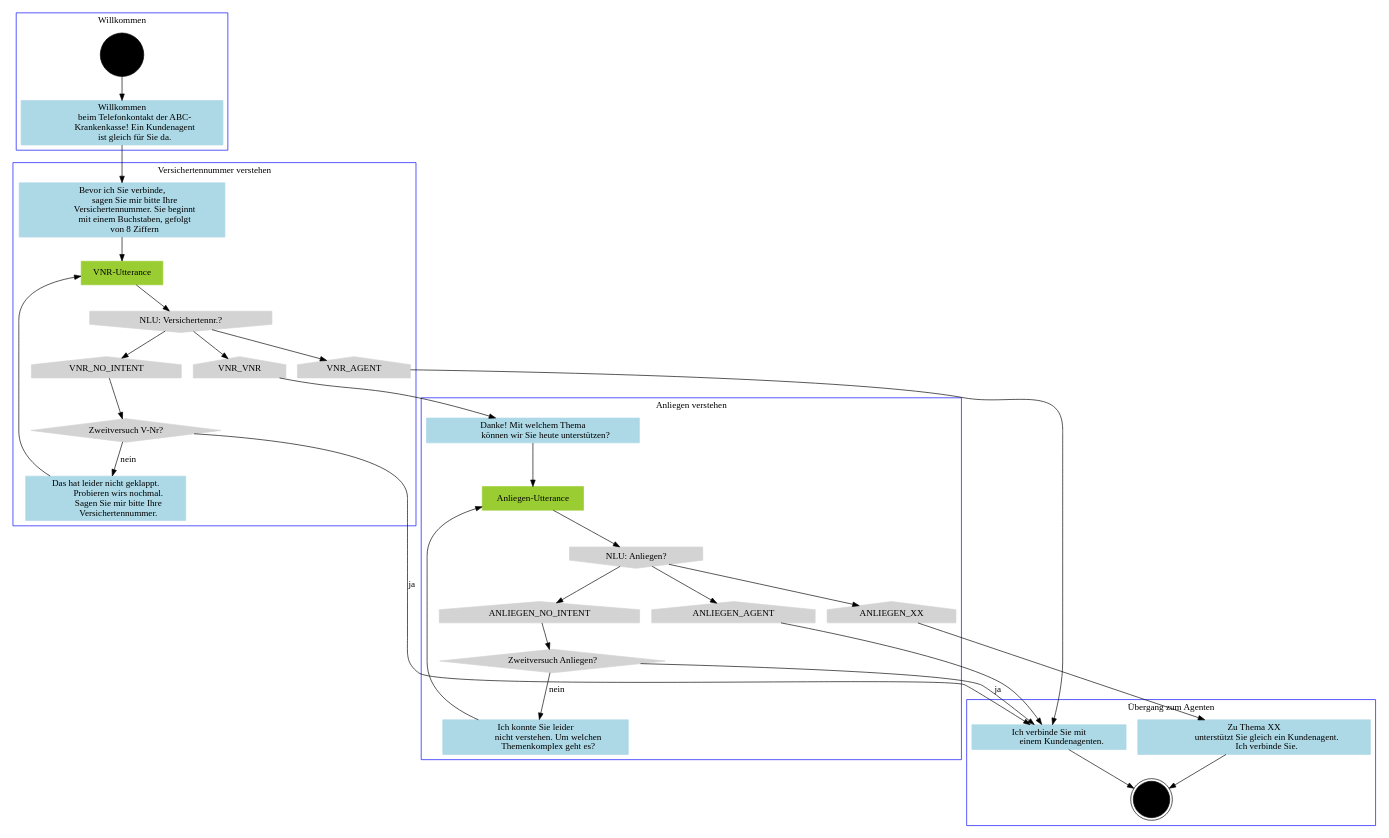
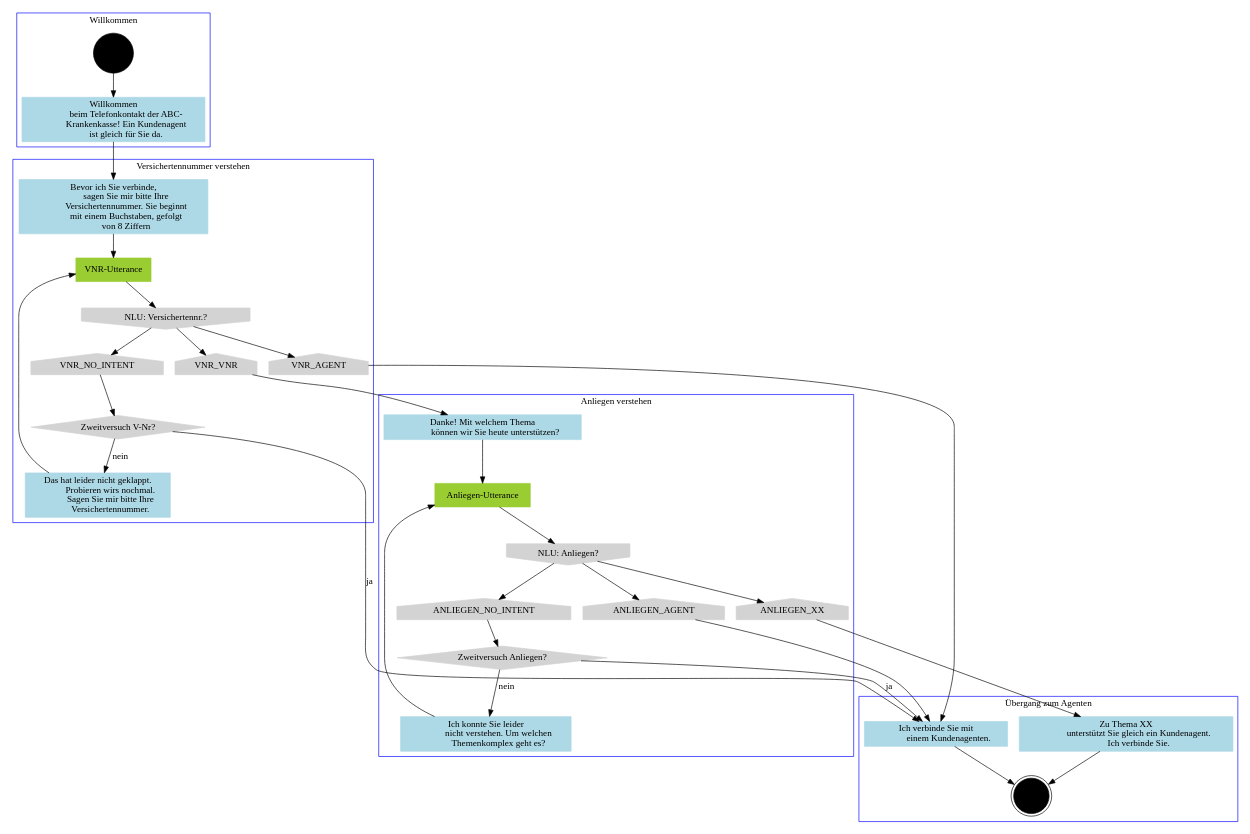
Before and after one commit to BrianInGermany/BrianInGermany.github.io: the diagram in assets/flow.dot, drawn with Graphviz. The commit also changed 4 other files, not shown here.

```diff
--- a/assets/flow.dot
+++ b/assets/flow.dot
@@ -1,116 +1,119 @@
 digraph tel_flow {
+    // define font for subgraph headings
+    graph[fontname="Trebuchet MS"]
 // NODE DEFINITIONS
     // start nodes
-    node[style=filled,shape=circle,color=black]
+    // this definition also includes graph-wide definitions for filling and font
+    node[style=filled,shape=circle,color=black,fontname="Trebuchet MS"]
         start[shape=circle,color=black]
 
     // end nodes
     node[style=filled,shape=doublecircle,color=black]
         end[shape=doublecircle,color=black]
 
     // prompt nodes
     node[style=filled,shape=box,color=lightblue]
         prompt_welcome[label="Willkommen
             beim Telefonkontakt der ABC-
             Krankenkasse! Ein Kundenagent 
             ist gleich für Sie da."]
         prompt_vnr[label="Bevor ich Sie verbinde,
             sagen Sie mir bitte Ihre
             Versichertennummer. Sie beginnt 
             mit einem Buchstaben, gefolgt
             von 8 Ziffern"]
         prompt_vnr_fail[label="Das hat leider nicht geklappt. 
             Probieren wirs nochmal.
             Sagen Sie mir bitte Ihre
             Versichertennummer."]
         prompt_vnr_success[label="Danke! Mit welchem Thema 
             können wir Sie heute unterstützen?"]
         prompt_anliegen_success[label="Zu Thema XX
             unterstützt Sie gleich ein Kundenagent.
             Ich verbinde Sie."]
         prompt_connect_agent[label="Ich verbinde Sie mit
             einem Kundenagenten."]  
         prompt_nicht_verstanden_anliegen[label="Ich konnte Sie leider
             nicht verstehen. Um welchen 
             Themenkomplex geht es?"]
 
     // utterance nodes
     node[style=filled,shape=box,color=yellowgreen]
         utterance_vnr[label="VNR-Utterance"]
         utterance_anliegen[label="Anliegen-Utterance"]
 
     // nlu nodes
     node[style=filled,shape=invhouse,color=lightgray]
         nlu_vnr[label="NLU: Versichertennr.?"]
         nlu_anliegen[label="NLU: Anliegen?"]
 
     // intent nodes
     node[style=filled,shape=house,color=lightgray]
         intent_vnr_no_intent[label="VNR_NO_INTENT"]
         intent_vnr_agent[label="VNR_AGENT"]
         intent_vnr_vnr[label="VNR_VNR"]
         intent_anliegen_no_intent[label="ANLIEGEN_NO_INTENT"]
         intent_anliegen_agent[label="ANLIEGEN_AGENT"]
         intent_anliegen_xx[label="ANLIEGEN_XX"]
     
     // logic nodes
     node[style=filled,shape=diamond,color=lightgray]  
         logic_zweitversuch_vnr[label="Zweitversuch V-Nr?"]
         logic_zweitversuch_anliegen[label="Zweitversuch Anliegen?"]
 
 // SUBGRAPH AND CONNECTION DEFINITIONS
 
 subgraph cluster_welcome {
     label = "Willkommen"
     color = blue
     start -> prompt_welcome
 
 }
 
 subgraph cluster_vnr {
     label = "Versichertennummer verstehen"
     color = blue
     prompt_welcome -> prompt_vnr
     utterance_vnr -> nlu_vnr
     nlu_vnr -> intent_vnr_agent
     nlu_vnr -> intent_vnr_vnr
     nlu_vnr -> intent_vnr_no_intent
     intent_vnr_no_intent -> logic_zweitversuch_vnr
     prompt_vnr -> utterance_vnr
-    logic_zweitversuch_vnr -> prompt_vnr_fail [label="nein"]
+    logic_zweitversuch_vnr -> prompt_vnr_fail [label="nein",fontname="Trebuchet MS"]
     prompt_vnr_fail -> utterance_vnr
 
 }
     
 
 subgraph cluster_anliegen {
     label = "Anliegen verstehen"
     color = blue
     prompt_vnr_success -> utterance_anliegen
     utterance_anliegen -> nlu_anliegen
     nlu_anliegen -> intent_anliegen_xx
     nlu_anliegen -> intent_anliegen_agent
     nlu_anliegen -> intent_anliegen_no_intent
     intent_anliegen_no_intent -> logic_zweitversuch_anliegen
-    logic_zweitversuch_anliegen -> prompt_nicht_verstanden_anliegen [label="nein"]
+    logic_zweitversuch_anliegen -> prompt_nicht_verstanden_anliegen [label="nein",fontname="Trebuchet MS"]
     prompt_nicht_verstanden_anliegen -> utterance_anliegen
     intent_vnr_vnr -> prompt_vnr_success
 
 
 
 }
 subgraph cluster_to_agent {
     label = "Übergang zum Agenten"
     color = blue
-    logic_zweitversuch_vnr -> prompt_connect_agent [label="ja"]
-    logic_zweitversuch_anliegen -> prompt_connect_agent [label="ja"]
+    logic_zweitversuch_vnr -> prompt_connect_agent [label="ja",fontname="Trebuchet MS"]
+    logic_zweitversuch_anliegen -> prompt_connect_agent [label="ja",fontname="Trebuchet MS"]
     intent_vnr_agent -> prompt_connect_agent
     intent_anliegen_agent -> prompt_connect_agent
     intent_anliegen_xx -> prompt_anliegen_success
     prompt_anliegen_success -> end
     prompt_connect_agent -> end
 
 
 }
 
 }
```
